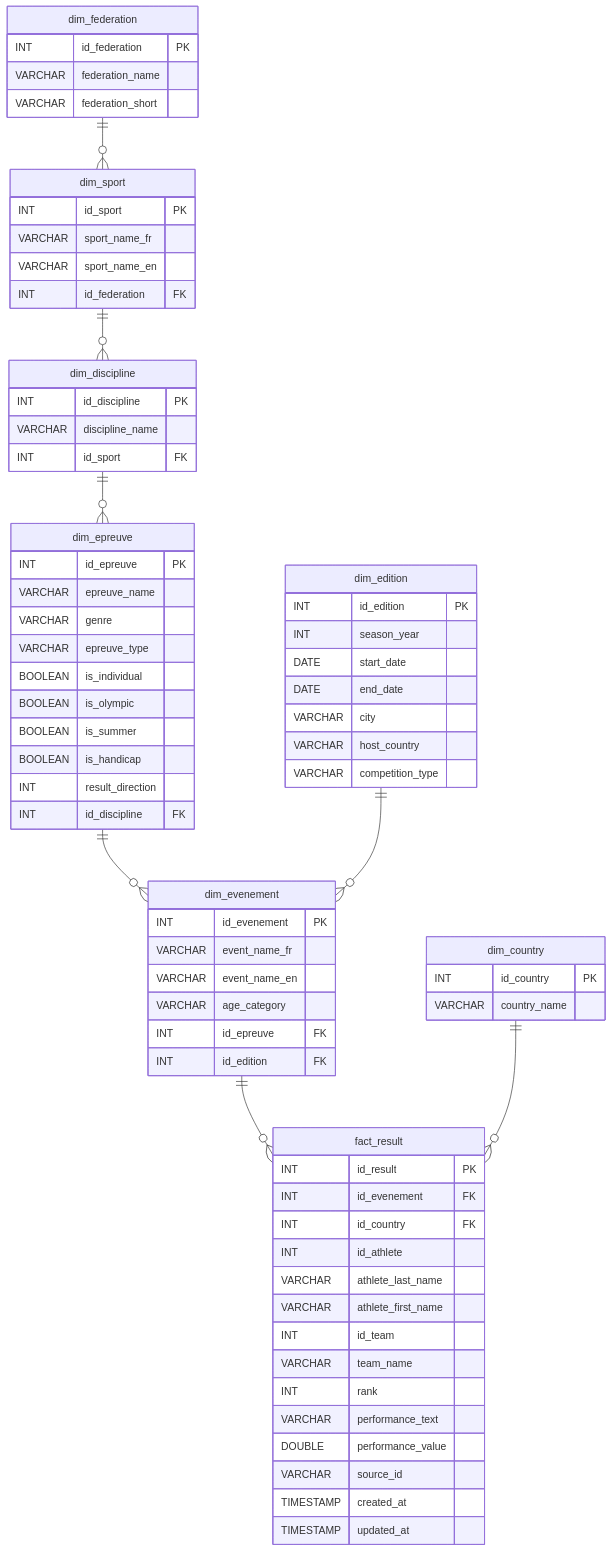
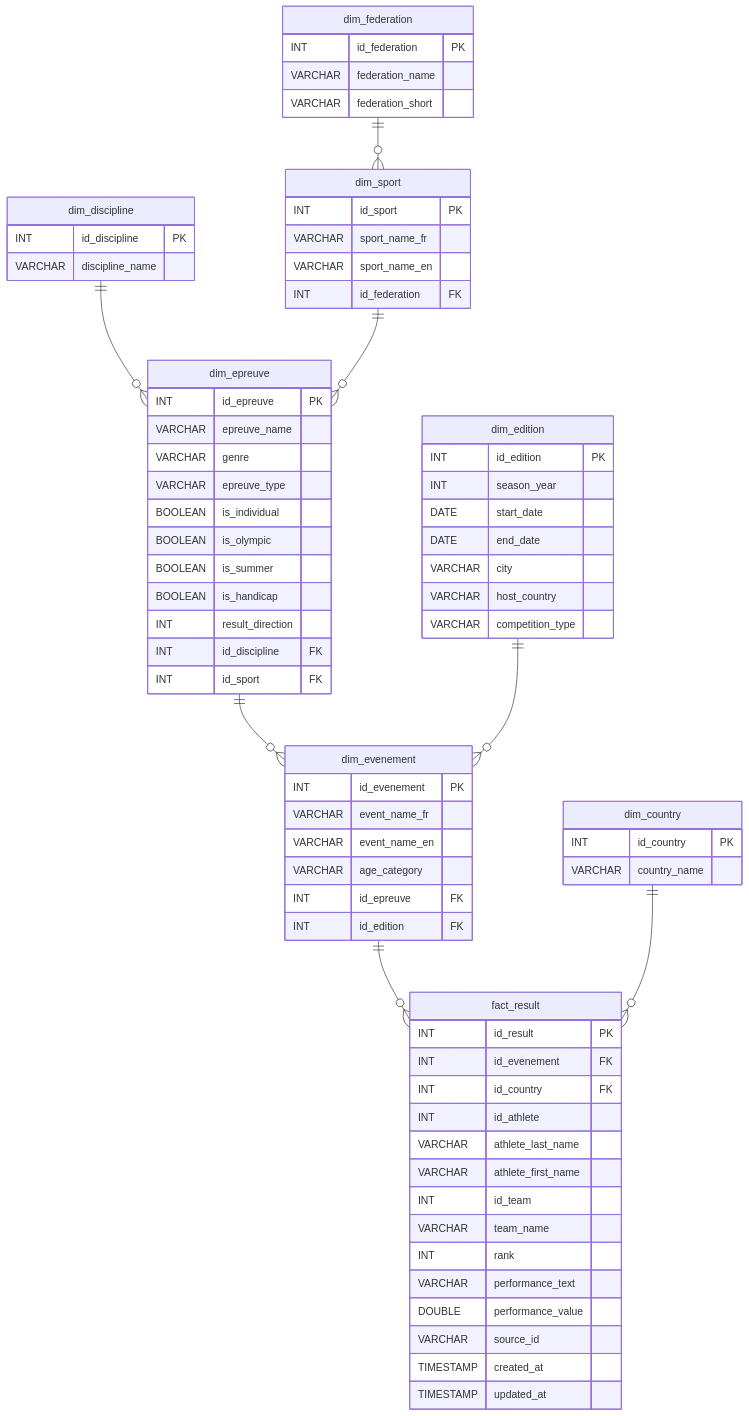
Before and after one commit to Daria-data/stream-score-stack: the diagram in docs/merise_mld.md, drawn with Mermaid. The commit also changed other lines of this file and 16 other files, not shown here.

```diff
--- a/docs/merise_mld.md
+++ b/docs/merise_mld.md
@@ -54,7 +55,6 @@
     dim_discipline {
         INT id_discipline PK
         VARCHAR discipline_name
-        INT id_sport FK
     }
 
     dim_epreuve {
@@ -68,6 +68,7 @@
         BOOLEAN is_handicap
         INT result_direction
         INT id_discipline FK
+        INT id_sport FK
     }
 
     dim_edition {
@@ -107,8 +108,8 @@
     }
 
     dim_federation ||--o{ dim_sport : ""
-    dim_sport ||--o{ dim_discipline : ""
     dim_discipline ||--o{ dim_epreuve : ""
+    dim_sport ||--o{ dim_epreuve : ""
     dim_epreuve ||--o{ dim_evenement : ""
     dim_edition ||--o{ dim_evenement : ""
     dim_evenement ||--o{ fact_result : ""
```
